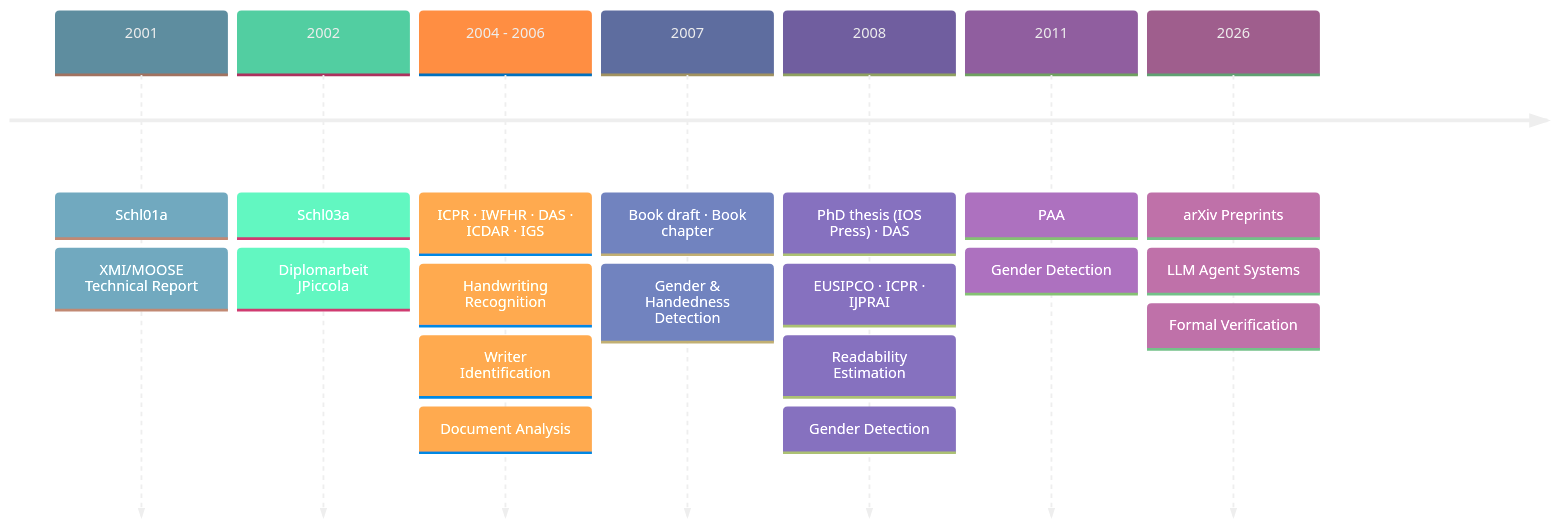
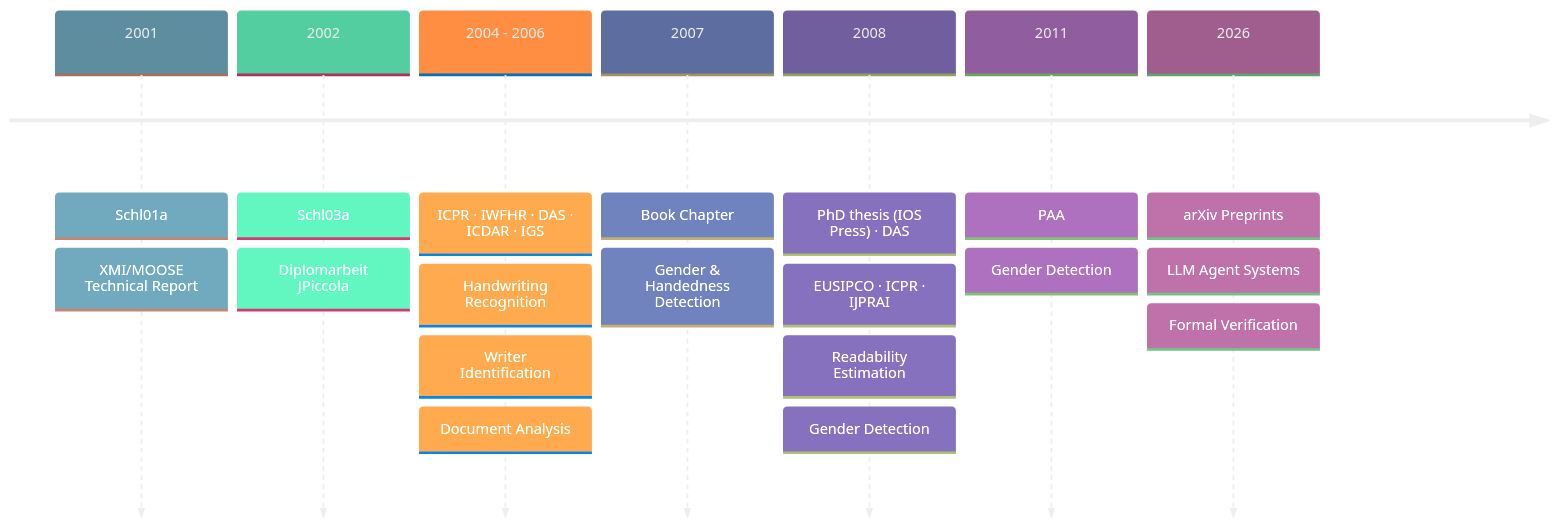
One commit to schlpbch/publications changed the second of 2 diagrams in README.md. Above: the diagram before and after it, drawn with Mermaid.

Commit message:
Fix formatting of book chapter entry in README

````diff
--- a/README.md
+++ b/README.md
@@ -151,24 +151,24 @@
 ```mermaid
 %%{init: {'theme': 'base', 'themeVariables': {'primaryColor': '#aec6cf', 'primaryTextColor': '#eee', 'primaryBorderColor': '#eee', 'lineColor': '#999999', 'secondaryColor': '#b5ead7', 'tertiaryColor': '#ffdac1'}}}%%
 timeline
 
     2001        : Schl01a
                 : XMI/MOOSE Technical Report
     2002        : Schl03a
                 : Diplomarbeit JPiccola
     2004 - 2006 : ICPR · IWFHR · DAS · ICDAR · IGS
                 : Handwriting Recognition
                 : Writer Identification
                 : Document Analysis
-    2007        : Book draft · Book chapter
+    2007        : Book Chapter
                 : Gender & Handedness Detection
     2008        : PhD thesis (IOS Press) · DAS
                 : EUSIPCO · ICPR · IJPRAI
                 : Readability Estimation
                 : Gender Detection
     2011        : PAA
                 : Gender Detection
     2026        : arXiv Preprints
                 : LLM Agent Systems
                 : Formal Verification
 ```
````
